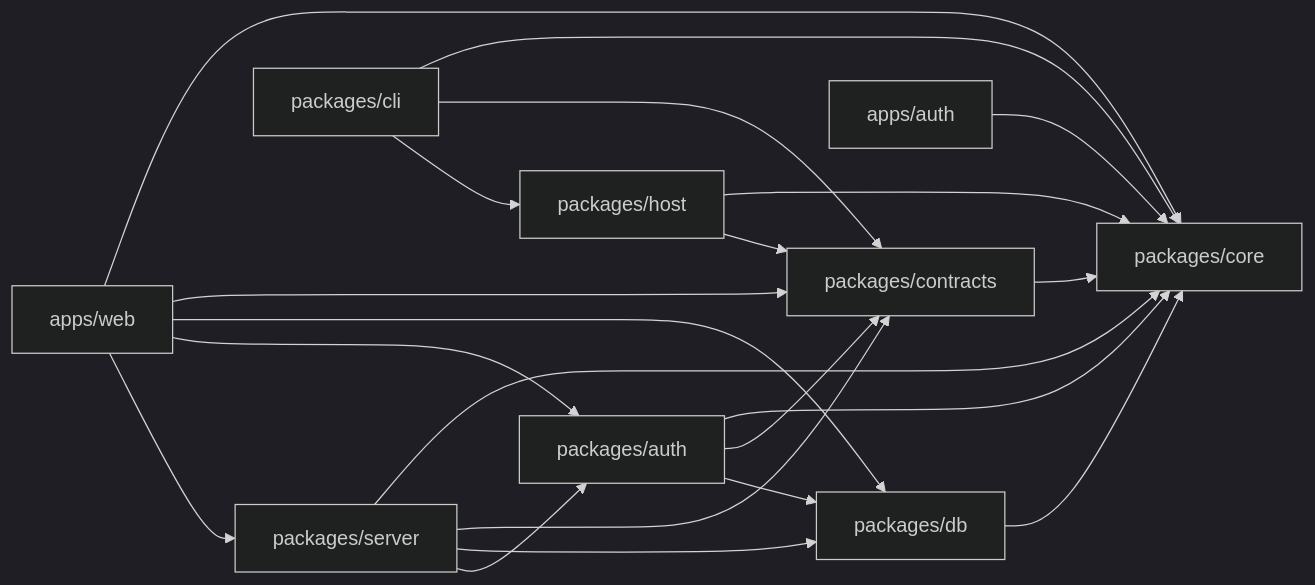
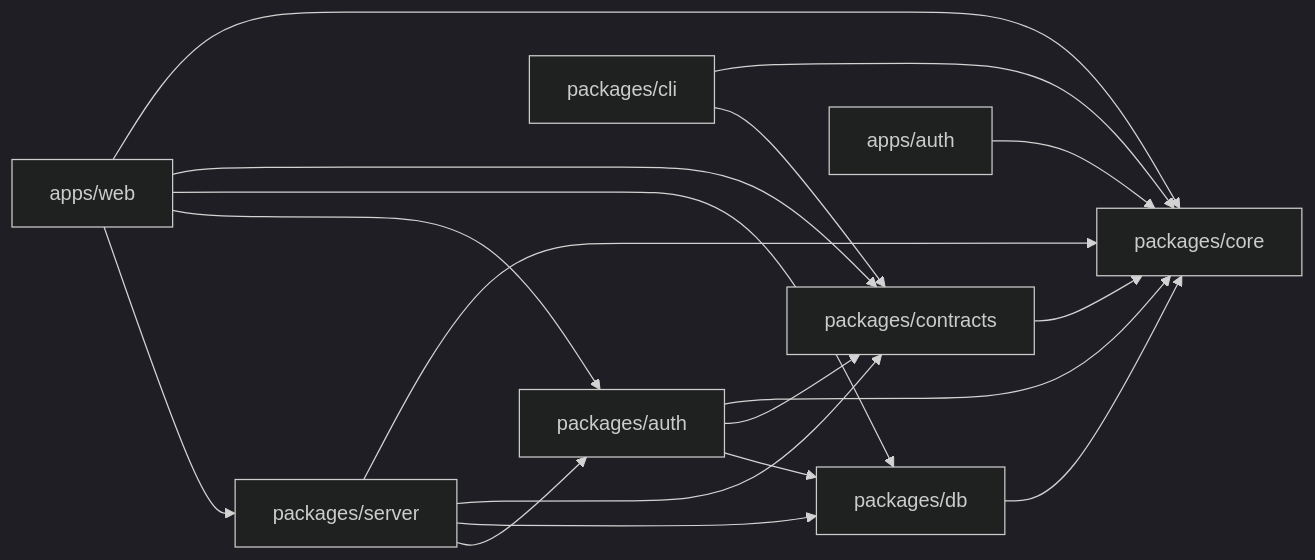
One commit to codions-labs/portta changed the diagram in docs/development/monorepo.md. Above: the diagram before and after it, drawn with Mermaid (dark theme). The commit also changed other lines of this file and 50 other files, not shown here.

Commit message:
fix(cli): a public host refuses own Traefik routing and does not inherit another service's decision; docs drop the removed features

````diff
--- a/docs/development/monorepo.md
+++ b/docs/development/monorepo.md
@@ -92,33 +87,29 @@
 ```mermaid
 flowchart LR
     core[packages/core]
     contracts[packages/contracts]
     db[packages/db]
     auth[packages/auth]
     server[packages/server]
     web[apps/web]
     cli[packages/cli]
-    host[packages/host]
     fauth[apps/auth]
 
     contracts --> core
     db --> core
     auth --> core
     auth --> contracts
     auth --> db
     server --> core
     server --> contracts
     server --> db
     server --> auth
     web --> core
     web --> contracts
     web --> db
     web --> auth
     web --> server
     cli --> core
     cli --> contracts
-    cli --> host
-    host --> core
-    host --> contracts
     fauth --> core
 ```
````
